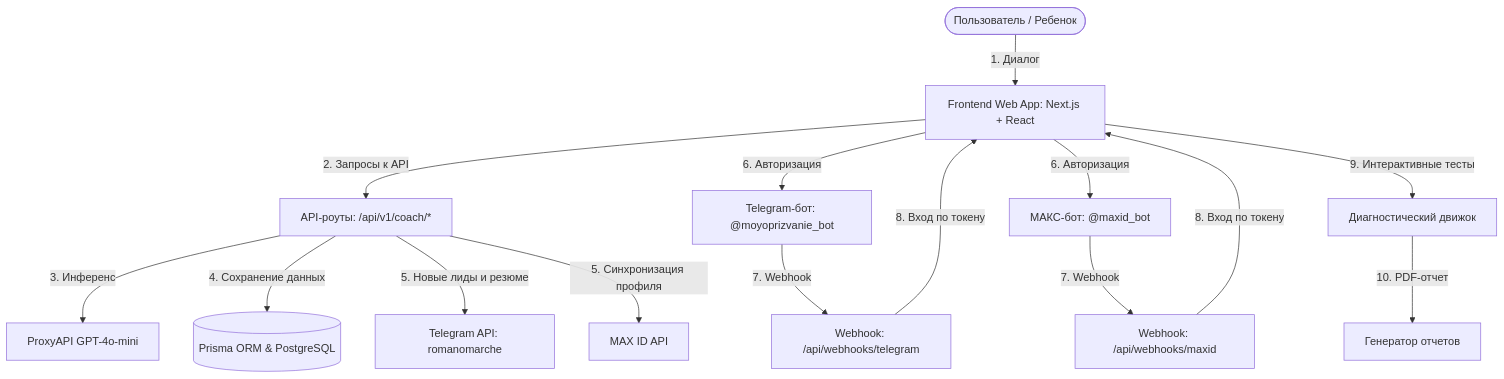
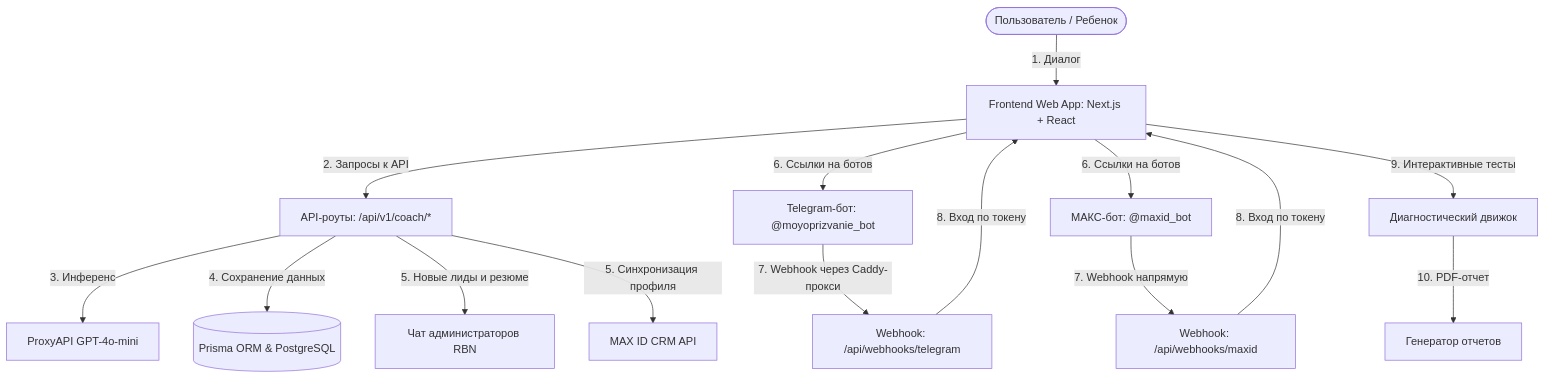
One commit to synthosaicreativestudio-maker/mycalling changed the diagram in docs/01-system-architecture.md. Above: the diagram before and after it, drawn with Mermaid. The commit also changed other lines of this file and 16 other files, not shown here.

Commit message:
docs: clean up archived documentation and rewrite core files with detailed specifications, diagrams and examples

````diff
--- a/docs/01-system-architecture.md
+++ b/docs/01-system-architecture.md
@@ -7,23 +9,26 @@
 ```mermaid
 graph TD
     User([Пользователь / Ребенок]) -->|1. Диалог| WebUI[Frontend Web App: Next.js + React]
     WebUI -->|2. Запросы к API| CoachAPI[API-роуты: /api/v1/coach/*]
     CoachAPI -->|3. Инференс| ProxyAPI[ProxyAPI GPT-4o-mini]
     CoachAPI -->|4. Сохранение данных| Prisma[(Prisma ORM & PostgreSQL)]
     
     %% Интеграционные потоки %%
-    CoachAPI -->|5. Новые лиды и резюме| TG[Telegram API: romanomarche]
-    CoachAPI -->|5. Синхронизация профиля| MAXID[MAX ID API]
+    CoachAPI -->|5. Новые лиды и резюме| TG_Admin[Чат администраторов RBN]
+    CoachAPI -->|5. Синхронизация профиля| MAXID_CRM[MAX ID CRM API]
     
     %% Авторизация через ботов %%
-    WebUI -->|6. Авторизация| TG_Bot[Telegram-бот: @moyoprizvanie_bot]
-    WebUI -->|6. Авторизация| MAX_Bot[МАКС-бот: @maxid_bot]
-    TG_Bot -->|7. Webhook| TG_Webhook[Webhook: /api/webhooks/telegram]
-    MAX_Bot -->|7. Webhook| MAX_Webhook[Webhook: /api/webhooks/maxid]
+    WebUI -->|6. Ссылки на ботов| TG_Bot[Telegram-бот: @moyoprizvanie_bot]
+    WebUI -->|6. Ссылки на ботов| MAX_Bot[МАКС-бот: @maxid_bot]
+    
+    %% Обработка вебхуков %%
+    TG_Bot -->|7. Webhook через Caddy-прокси| TG_Webhook[Webhook: /api/webhooks/telegram]
+    MAX_Bot -->|7. Webhook напрямую| MAX_Webhook[Webhook: /api/webhooks/maxid]
+    
     TG_Webhook -->|8. Вход по токену| WebUI
     MAX_Webhook -->|8. Вход по токену| WebUI
     
     %% Переход к тестированию %%
     WebUI -->|9. Интерактивные тесты| Diagnostic[Диагностический движок]
     Diagnostic -->|10. PDF-отчет| PDFGen[Генератор отчетов]
 ```
````
